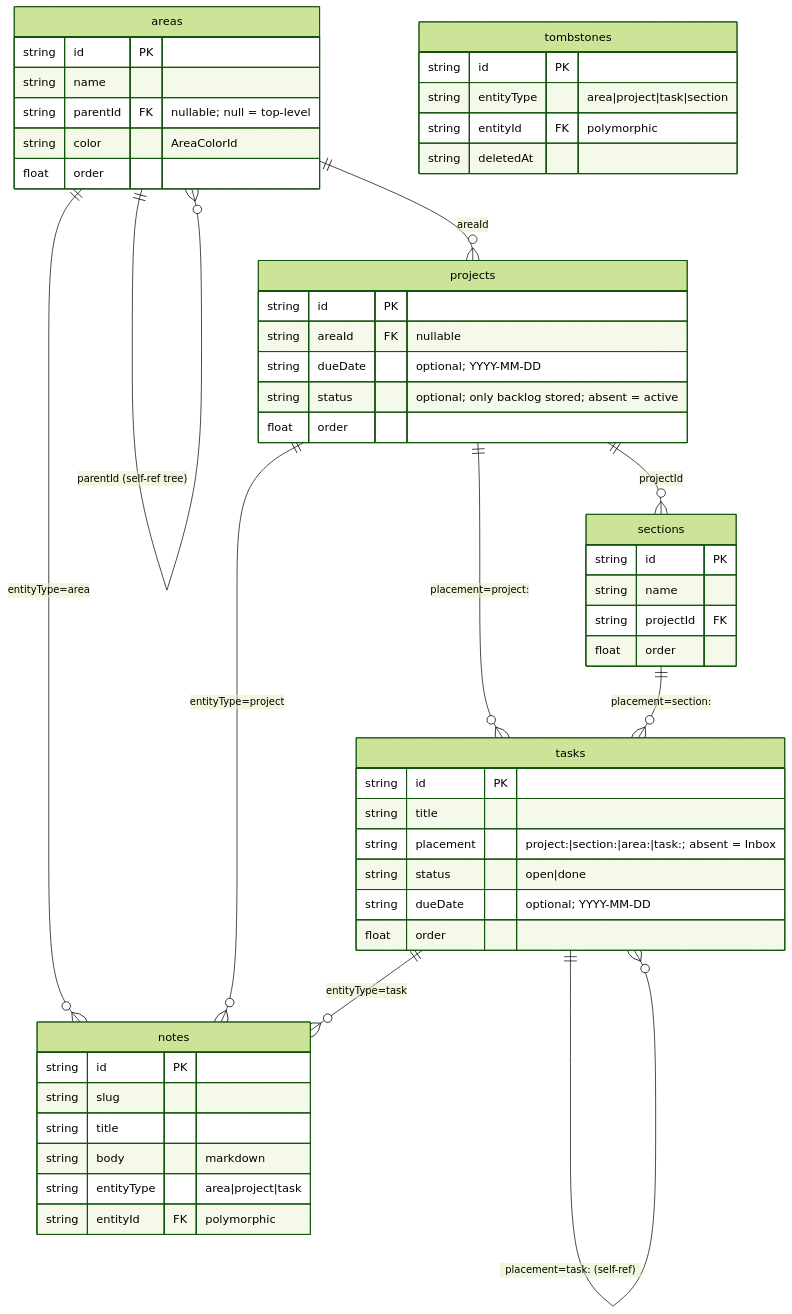
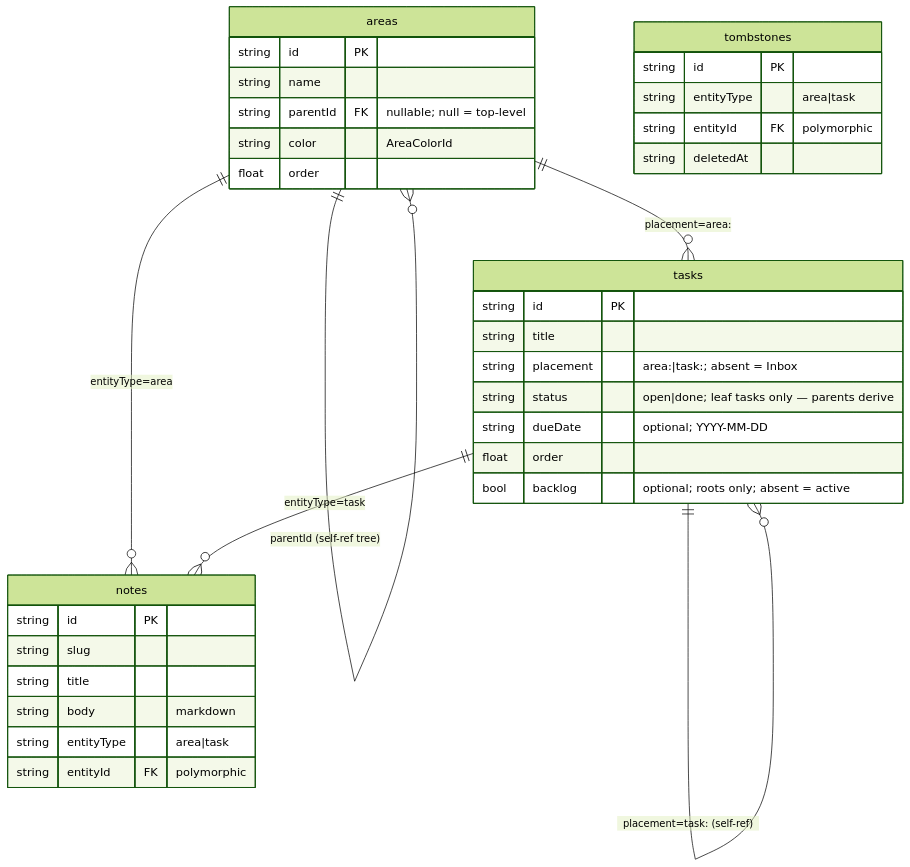
The second of 3 diagrams in docs/architecture.md (nibblebot/localaction), drawn with Mermaid (forest theme) before and after one commit. The commit also changed other lines of this file and 111 other files, not shown here.

First line of the commit message:
feat(tasks): unify areas and tasks, remove projects and sections

````diff
--- a/docs/architecture.md
+++ b/docs/architecture.md
@@ -90,42 +94,30 @@
 ```mermaid
 erDiagram
   areas ||--o{ areas : "parentId (self-ref tree)"
-  areas ||--o{ projects : "areaId"
+  areas ||--o{ tasks : "placement=area:<id>"
   areas ||--o{ notes : "entityType=area"
-  projects ||--o{ sections : "projectId"
-  projects ||--o{ tasks : "placement=project:<id>"
-  sections ||--o{ tasks : "placement=section:<id>"
-  projects ||--o{ notes : "entityType=project"
   tasks ||--o{ tasks : "placement=task:<id> (self-ref)"
   tasks ||--o{ notes : "entityType=task"
   areas { string id PK }
   areas { string name }
   areas { string parentId FK "nullable; null = top-level" }
   areas { string color "AreaColorId" }
   areas { float order }
-  projects { string id PK }
-  projects { string areaId FK "nullable" }
-  projects { string dueDate "optional; YYYY-MM-DD" }
-  projects { string status "optional; only backlog stored; absent = active" }
-  projects { float order }
-  sections { string id PK }
-  sections { string name }
-  sections { string projectId FK }
-  sections { float order }
   tasks { string id PK }
   tasks { string title }
-  tasks { string placement "project:<id>|section:<id>|area:<id>|task:<id>; absent = Inbox" }
-  tasks { string status "open|done" }
+  tasks { string placement "area:<id>|task:<id>; absent = Inbox" }
+  tasks { string status "open|done; leaf tasks only — parents derive" }
   tasks { string dueDate "optional; YYYY-MM-DD" }
   tasks { float order }
+  tasks { bool backlog "optional; roots only; absent = active" }
   notes { string id PK }
   notes { string slug }
   notes { string title }
   notes { string body "markdown" }
-  notes { string entityType "area|project|task" }
+  notes { string entityType "area|task" }
   notes { string entityId FK "polymorphic" }
   tombstones { string id PK }
-  tombstones { string entityType "area|project|task|section" }
+  tombstones { string entityType "area|task" }
   tombstones { string entityId FK "polymorphic" }
   tombstones { string deletedAt }
 ```
````
